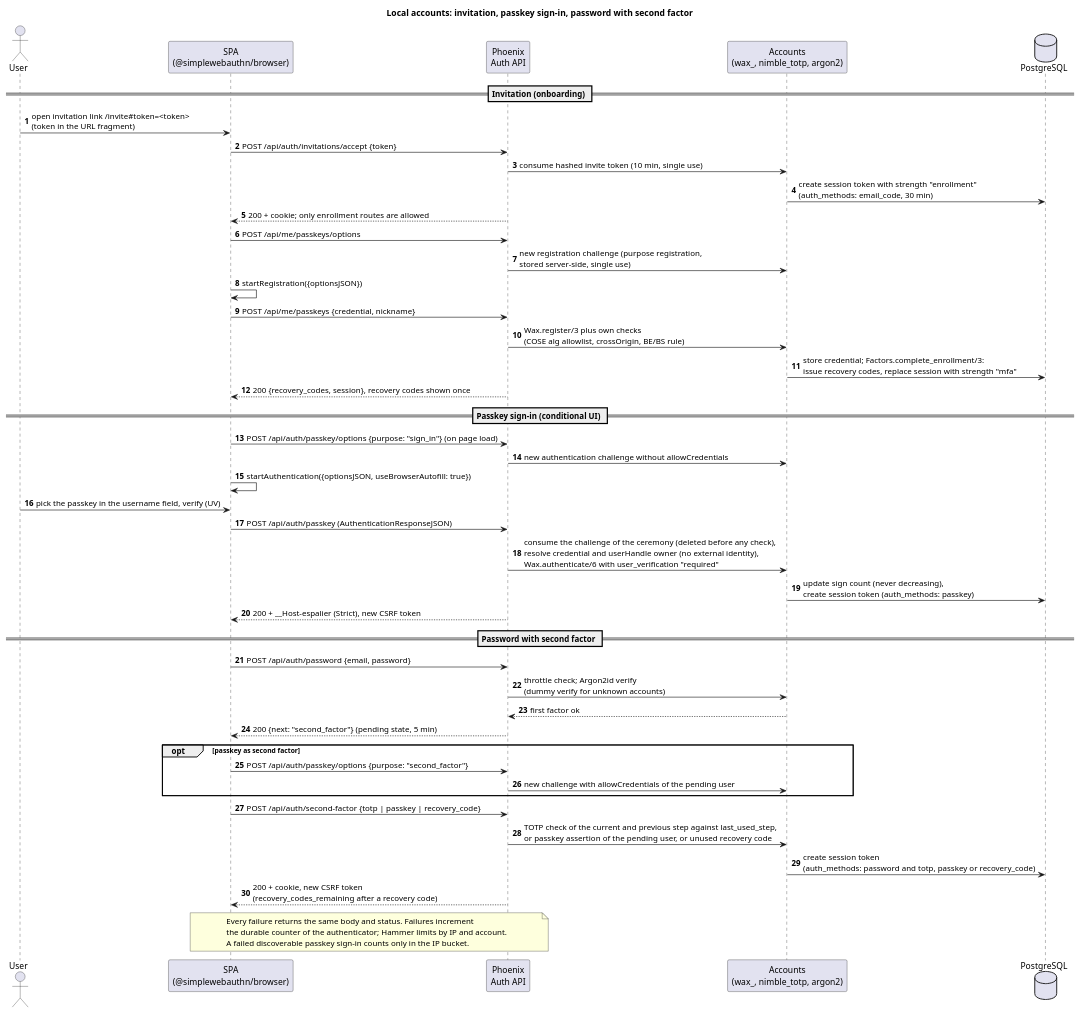
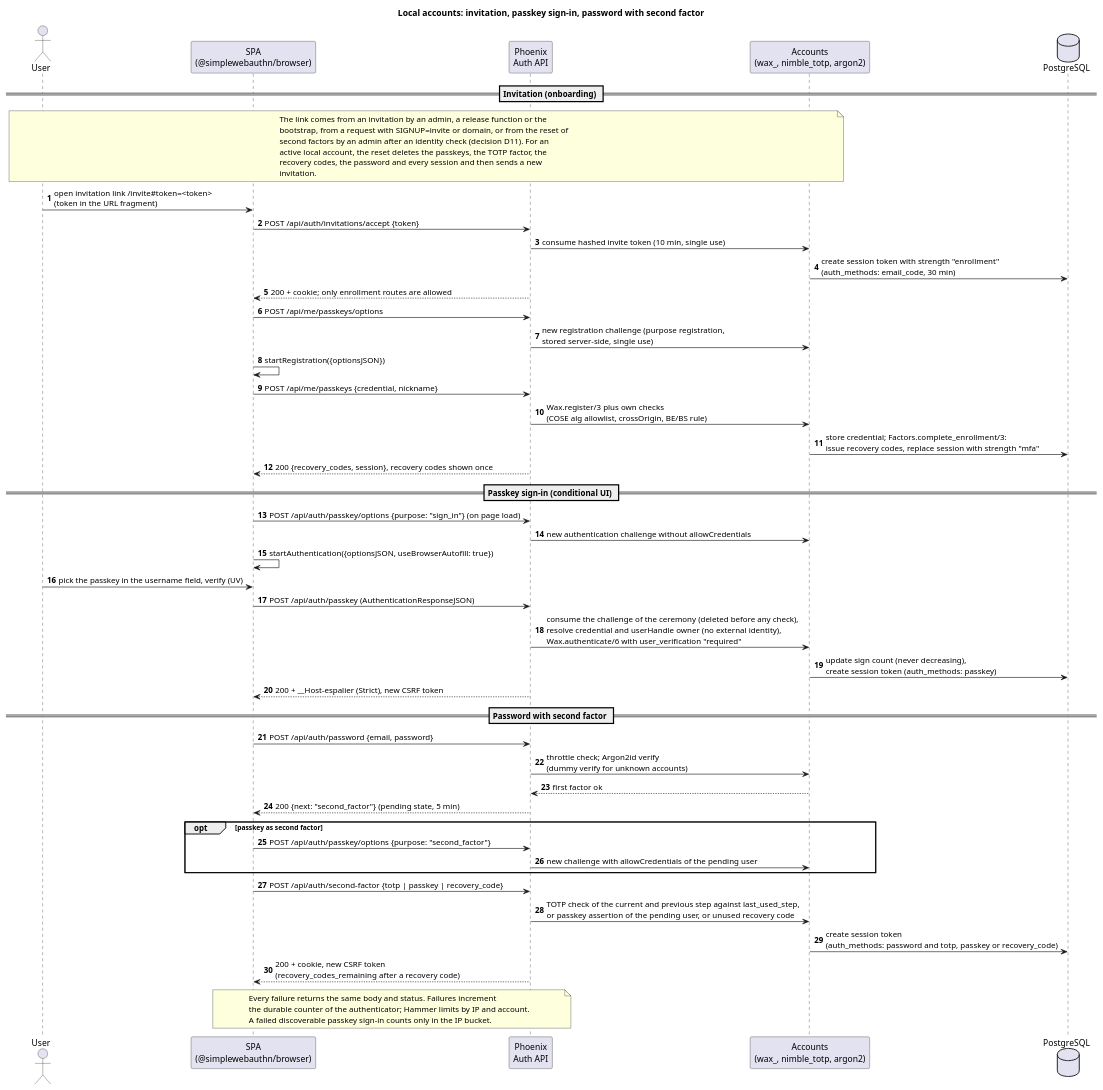
One commit to HelrenPDM/espalier changed the diagram in docs/architecture/auth-local.puml. Above: the diagram before and after it, drawn with PlantUML. The commit also changed 182 other files, not shown here.

```diff
--- a/docs/architecture/auth-local.puml
+++ b/docs/architecture/auth-local.puml
@@ -1,55 +1,63 @@
 @startuml auth-local
 title Local accounts: invitation, passkey sign-in, password with second factor
 autonumber
 skinparam shadowing false
 
 actor User
 participant "SPA\n(@simplewebauthn/browser)" as SPA
 participant "Phoenix\nAuth API" as Auth
 participant "Accounts\n(wax_, nimble_totp, argon2)" as Acc
 database "PostgreSQL" as DB
 
 == Invitation (onboarding) ==
+note over User, Acc
+  The link comes from an invitation by an admin, a release function or the
+  bootstrap, from a request with SIGNUP=invite or domain, or from the reset of
+  second factors by an admin after an identity check (decision D11). For an
+  active local account, the reset deletes the passkeys, the TOTP factor, the
+  recovery codes, the password and every session and then sends a new
+  invitation.
+end note
 User -> SPA : open invitation link /invite#token=<token>\n(token in the URL fragment)
 SPA -> Auth : POST /api/auth/invitations/accept {token}
 Auth -> Acc : consume hashed invite token (10 min, single use)
 Acc -> DB : create session token with strength "enrollment"\n(auth_methods: email_code, 30 min)
 Auth --> SPA : 200 + cookie; only enrollment routes are allowed
 SPA -> Auth : POST /api/me/passkeys/options
 Auth -> Acc : new registration challenge (purpose registration,\nstored server-side, single use)
 SPA -> SPA : startRegistration({optionsJSON})
 SPA -> Auth : POST /api/me/passkeys {credential, nickname}
 Auth -> Acc : Wax.register/3 plus own checks\n(COSE alg allowlist, crossOrigin, BE/BS rule)
 Acc -> DB : store credential; Factors.complete_enrollment/3:\nissue recovery codes, replace session with strength "mfa"
 Auth --> SPA : 200 {recovery_codes, session}, recovery codes shown once
 
 == Passkey sign-in (conditional UI) ==
 SPA -> Auth : POST /api/auth/passkey/options {purpose: "sign_in"} (on page load)
 Auth -> Acc : new authentication challenge without allowCredentials
 SPA -> SPA : startAuthentication({optionsJSON, useBrowserAutofill: true})
 User -> SPA : pick the passkey in the username field, verify (UV)
 SPA -> Auth : POST /api/auth/passkey (AuthenticationResponseJSON)
 Auth -> Acc : consume the challenge of the ceremony (deleted before any check),\nresolve credential and userHandle owner (no external identity),\nWax.authenticate/6 with user_verification "required"
 Acc -> DB : update sign count (never decreasing),\ncreate session token (auth_methods: passkey)
 Auth --> SPA : 200 + __Host-espalier (Strict), new CSRF token
 
 == Password with second factor ==
 SPA -> Auth : POST /api/auth/password {email, password}
 Auth -> Acc : throttle check; Argon2id verify\n(dummy verify for unknown accounts)
 Acc --> Auth : first factor ok
 Auth --> SPA : 200 {next: "second_factor"} (pending state, 5 min)
 opt passkey as second factor
   SPA -> Auth : POST /api/auth/passkey/options {purpose: "second_factor"}
   Auth -> Acc : new challenge with allowCredentials of the pending user
 end
 SPA -> Auth : POST /api/auth/second-factor {totp | passkey | recovery_code}
 Auth -> Acc : TOTP check of the current and previous step against last_used_step,\nor passkey assertion of the pending user, or unused recovery code
 Acc -> DB : create session token\n(auth_methods: password and totp, passkey or recovery_code)
 Auth --> SPA : 200 + cookie, new CSRF token\n(recovery_codes_remaining after a recovery code)
 
 note over SPA, Auth
   Every failure returns the same body and status. Failures increment
   the durable counter of the authenticator; Hammer limits by IP and account.
   A failed discoverable passkey sign-in counts only in the IP bucket.
 end note
 @enduml
```
